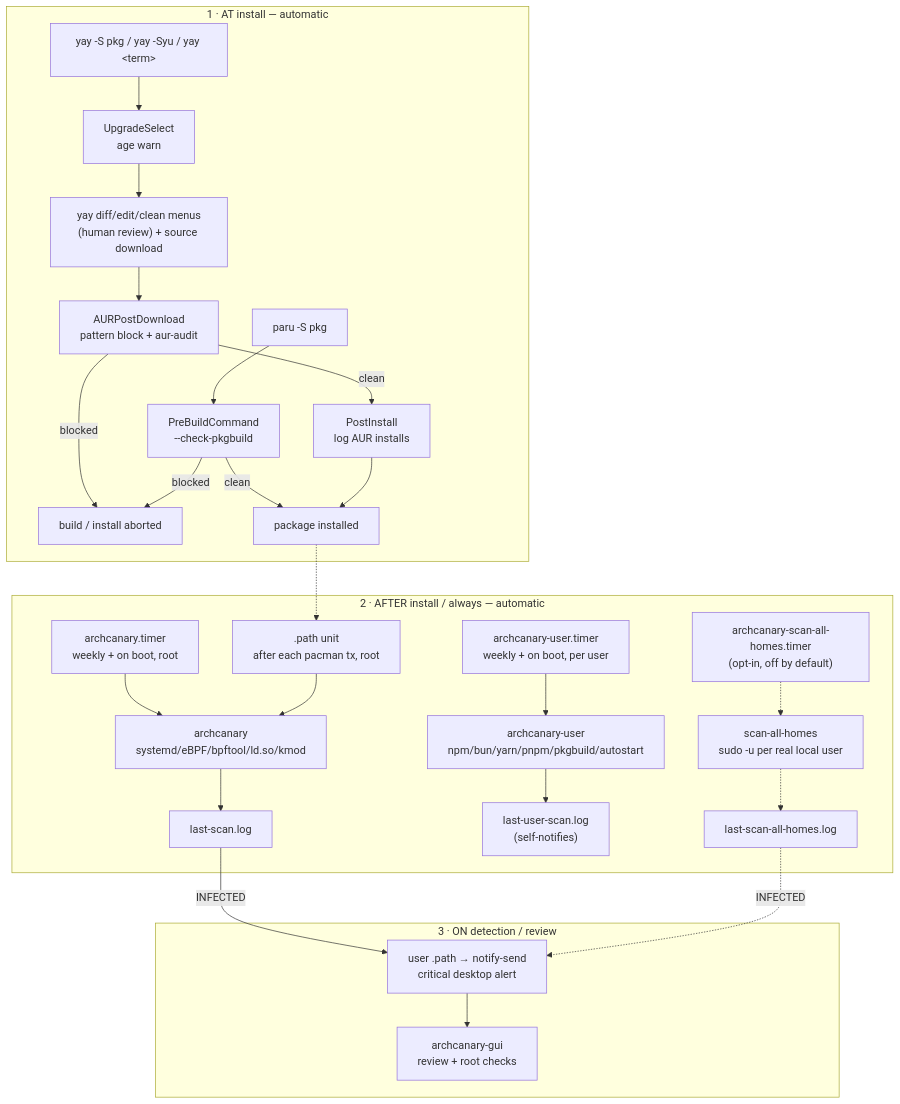
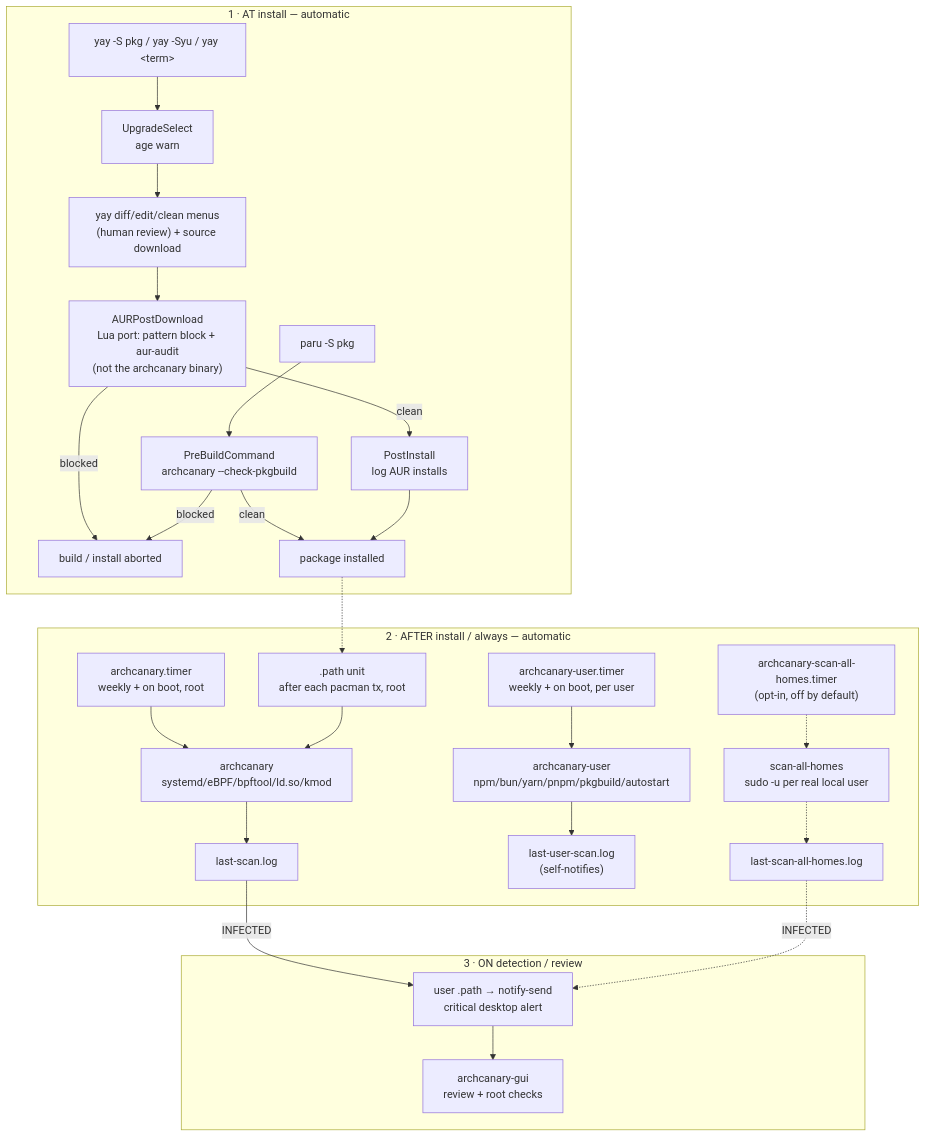
The diagram in docs/overview.md (musqz/archcanary), drawn with Mermaid before and after one commit.

Commit message:
docs: clarify yay hook doesn't call the archcanary binary
The AT-install flowchart's yay branch and paru branch both looked like
they invoked the same thing. In reality only paru's PreBuildCommand
shells out to real archcanary (--check-pkgbuild); yay's
AURPostDownload hook is a Lua reimplementation of the same checks
(configs/yay-init.lua) that never calls the binary. Label both nodes
explicitly so the diagram doesn't imply otherwise.

````diff
--- a/docs/overview.md
+++ b/docs/overview.md
@@ -9,35 +9,35 @@
 ```mermaid
 flowchart TD
     subgraph AT["1 · AT install — automatic"]
         U["yay -S pkg / yay -Syu / yay &lt;term&gt;"] --> SEL["UpgradeSelect<br/>age warn"]
         SEL --> REV["yay diff/edit/clean menus<br/>(human review) + source download"]
-        REV --> PDL["AURPostDownload<br/>pattern block + aur-audit"]
-        UP["paru -S pkg"] --> PBC["PreBuildCommand<br/>--check-pkgbuild"]
+        REV --> PDL["AURPostDownload<br/>Lua port: pattern block + aur-audit<br/>(not the archcanary binary)"]
+        UP["paru -S pkg"] --> PBC["PreBuildCommand<br/>archcanary --check-pkgbuild"]
         PDL -->|blocked| AB["build / install aborted"]
         PBC -->|blocked| AB
         PDL -->|clean| POST["PostInstall<br/>log AUR installs"]
         PBC -->|clean| OK["package installed"]
         POST --> OK
     end
 
     subgraph AFTER["2 · AFTER install / always — automatic"]
         TIM["archcanary.timer<br/>weekly + on boot, root"] --> SCAN["archcanary<br/>systemd/eBPF/bpftool/ld.so/kmod"]
         PTH[".path unit<br/>after each pacman tx, root"] --> SCAN
         SCAN --> LOG["last-scan.log"]
 
         UTIM["archcanary-user.timer<br/>weekly + on boot, per user"] --> USCAN["archcanary-user<br/>npm/bun/yarn/pnpm/pkgbuild/autostart"]
         USCAN --> ULOG["last-user-scan.log<br/>(self-notifies)"]
 
         SAHTIM["archcanary-scan-all-homes.timer<br/>(opt-in, off by default)"] -.-> SAH["scan-all-homes<br/>sudo -u per real local user"]
         SAH -.-> SAHLOG["last-scan-all-homes.log"]
     end
 
     subgraph ALERT["3 · ON detection / review"]
         NOT["user .path → notify-send<br/>critical desktop alert"]
         LOG -->|INFECTED| NOT
         SAHLOG -.->|INFECTED| NOT
         NOT --> GUI["archcanary-gui<br/>review + root checks"]
     end
 
     OK -.-> PTH
 ```
````
